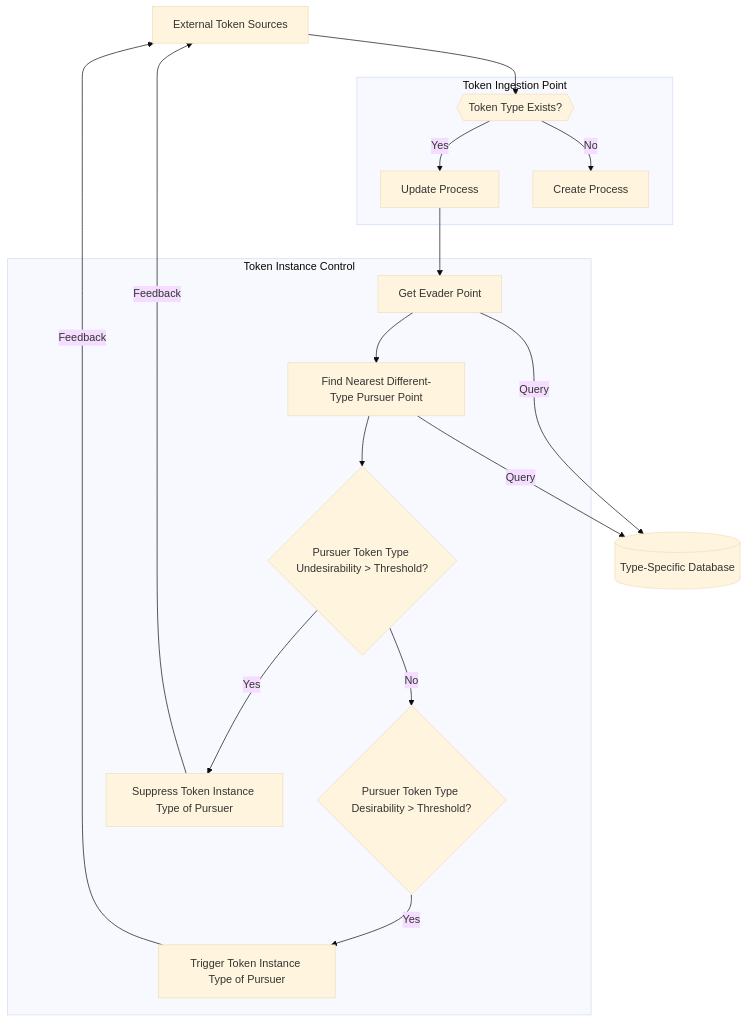
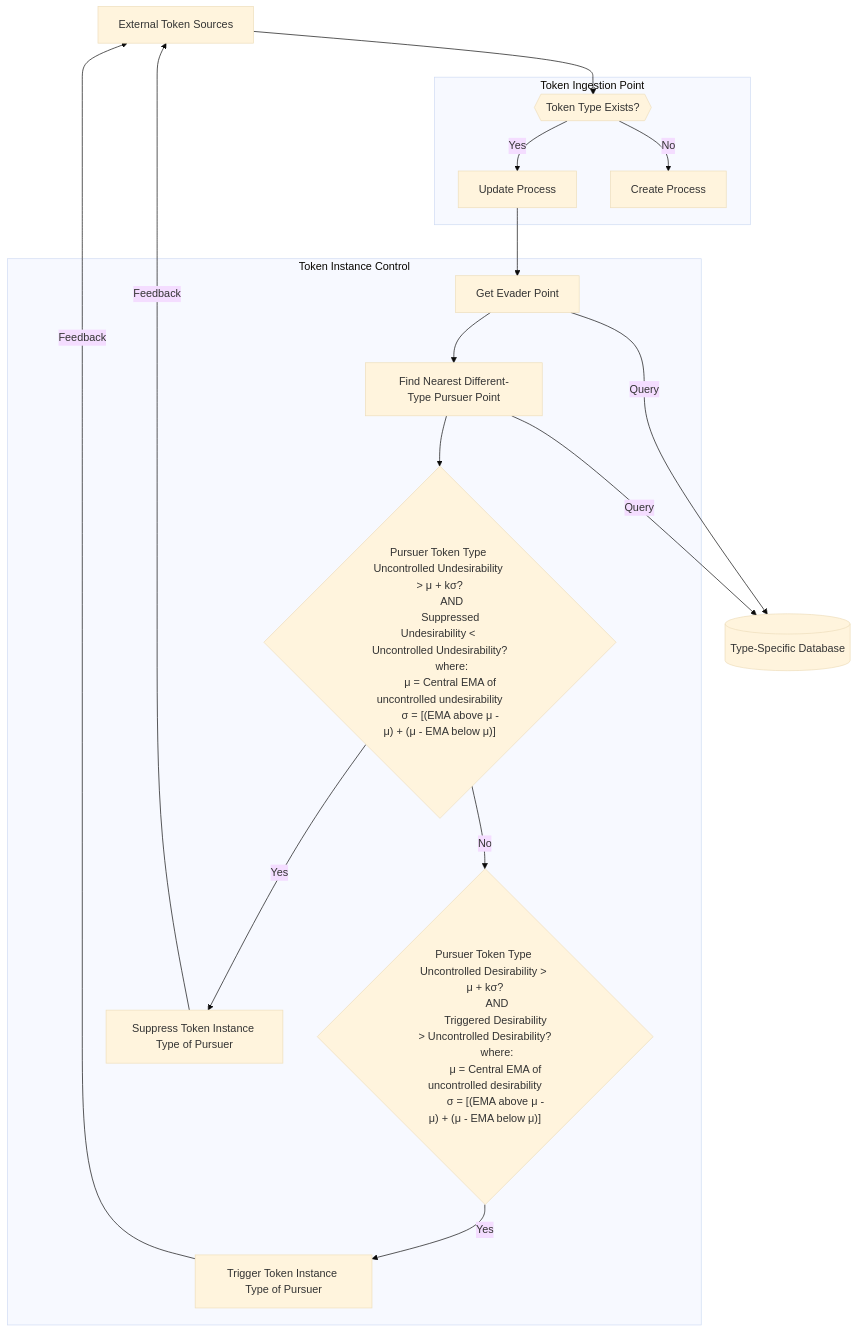
The eighth of 8 diagrams in README.md (mattferrin/mattferrin), drawn with Mermaid (base theme) before and after one commit.

Commit message:
control thresholds

````diff
--- a/README.md
+++ b/README.md
@@ -357,37 +357,47 @@
 ```mermaid
 graph TD;
     ExternalSources["External Token Sources"]
     
     subgraph "Token Ingestion Point"
         TokenCheck{{"Token Type Exists?"}}
         UpdateProcess["Update Process"]
         CreateProcess["Create Process"]
         
         TokenCheck -->|Yes| UpdateProcess
         TokenCheck -->|No| CreateProcess
     end
 
     subgraph "Token Instance Control"
         GetEvaderPoint["Get Evader Point"]
         FindNearestPursuer["Find Nearest Different-Type Pursuer Point"]
-        UndesirabilityCheck{"Pursuer Token Type Undesirability > Threshold?"}
-        DesirabilityCheck{"Pursuer Token Type Desirability > Threshold?"}
+        UndesirabilityCheck{"Pursuer Token Type Uncontrolled Undesirability > μ + kσ?
+        AND
+        Suppressed Undesirability < Uncontrolled Undesirability?
+        where:
+        μ = Central EMA of uncontrolled undesirability
+        σ = [(EMA above μ - μ) + (μ - EMA below μ)]"}
+        DesirabilityCheck{"Pursuer Token Type Uncontrolled Desirability > μ + kσ?
+        AND
+        Triggered Desirability > Uncontrolled Desirability?
+        where:
+        μ = Central EMA of uncontrolled desirability
+        σ = [(EMA above μ - μ) + (μ - EMA below μ)]"}
         SuppressToken["Suppress Token Instance Type of Pursuer"]
         TriggerToken["Trigger Token Instance Type of Pursuer"]
 
         UpdateProcess --> GetEvaderPoint
         GetEvaderPoint --> FindNearestPursuer
         FindNearestPursuer --> UndesirabilityCheck
         UndesirabilityCheck -->|Yes| SuppressToken
         UndesirabilityCheck -->|No| DesirabilityCheck
         DesirabilityCheck -->|Yes| TriggerToken
     end
 
     TypeSpecificDB[(Type-Specific Database)]
     
     ExternalSources --> TokenCheck
     GetEvaderPoint -->|Query| TypeSpecificDB
     FindNearestPursuer -->|Query| TypeSpecificDB
     SuppressToken -->|Feedback| ExternalSources
     TriggerToken -->|Feedback| ExternalSources
 ```
````
